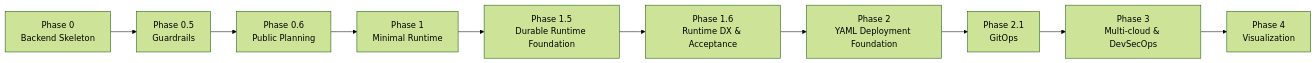
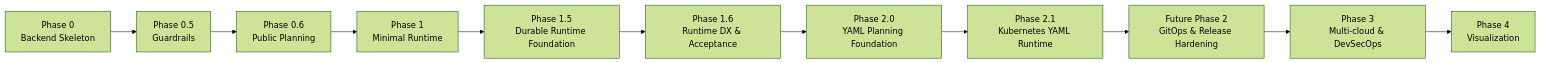
One commit to sevoniva/Nivora changed the tenth of 11 diagrams in README.md. Above: the diagram before and after it, drawn with Mermaid (forest theme). The commit also changed other lines of this file and 43 other files, not shown here.

Commit message:
feat: add kubernetes yaml apply runtime foundation

````diff
--- a/README.md
+++ b/README.md
@@ -900,15 +908,16 @@
 ```mermaid
 flowchart LR
     P0["Phase 0<br/>Backend Skeleton"]
     P05["Phase 0.5<br/>Guardrails"]
     P06["Phase 0.6<br/>Public Planning"]
     P1["Phase 1<br/>Minimal Runtime"]
     P15["Phase 1.5<br/>Durable Runtime Foundation"]
     P16["Phase 1.6<br/>Runtime DX & Acceptance"]
-    P2["Phase 2<br/>YAML Deployment Foundation"]
-    P21["Phase 2.1<br/>GitOps"]
+    P2["Phase 2.0<br/>YAML Planning Foundation"]
+    P21["Phase 2.1<br/>Kubernetes YAML Runtime"]
+    P22["Future Phase 2<br/>GitOps & Release Hardening"]
     P3["Phase 3<br/>Multi-cloud & DevSecOps"]
     P4["Phase 4<br/>Visualization"]
 
-    P0 --> P05 --> P06 --> P1 --> P15 --> P16 --> P2 --> P21 --> P3 --> P4
+    P0 --> P05 --> P06 --> P1 --> P15 --> P16 --> P2 --> P21 --> P22 --> P3 --> P4
 ```
````
